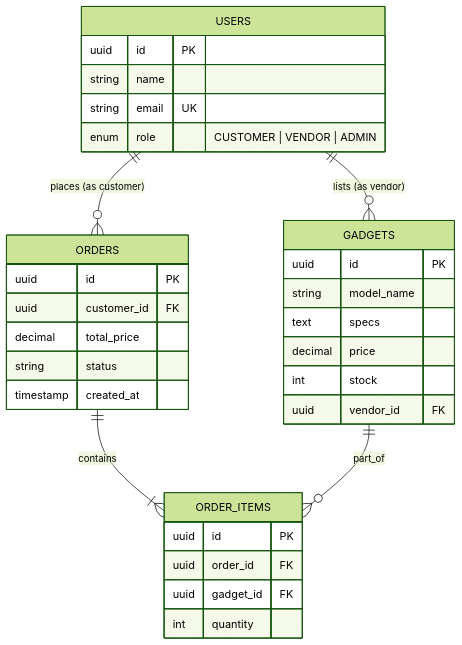
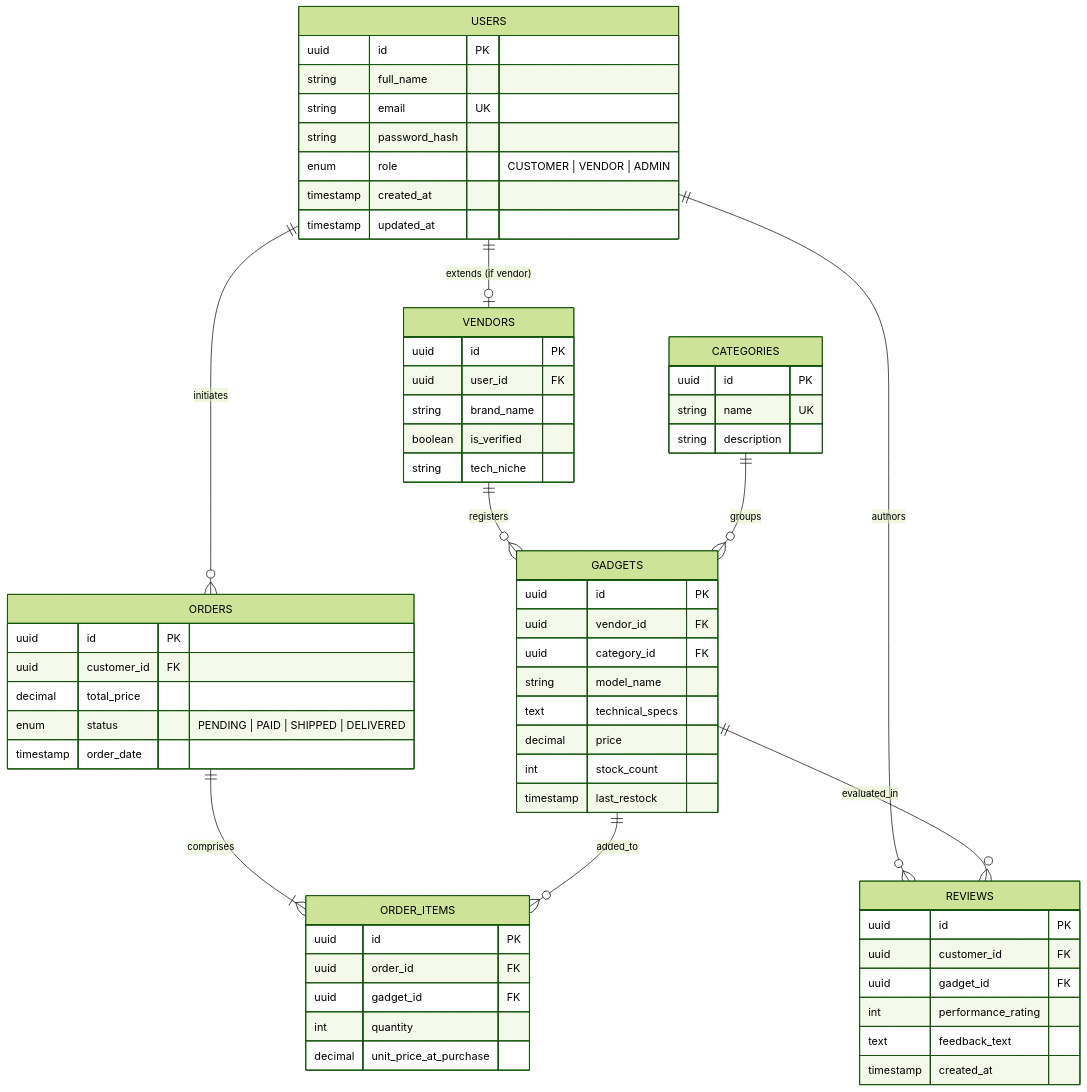
Before and after one commit to Subham-KRLX/SESD-PROJECT-: the diagram in ErDiagram.md, drawn with Mermaid (forest theme). The commit also changed other lines of this file and 4 other files, not shown here.

````diff
--- a/ErDiagram.md
+++ b/ErDiagram.md
@@ -8,38 +8,71 @@
 ```mermaid
 erDiagram
     USERS {
         uuid id PK
-        string name
+        string full_name
         string email UK
+        string password_hash
         enum role "CUSTOMER | VENDOR | ADMIN"
+        timestamp created_at
+        timestamp updated_at
+    }
+
+    VENDORS {
+        uuid id PK
+        uuid user_id FK
+        string brand_name
+        boolean is_verified
+        string tech_niche
+    }
+
+    CATEGORIES {
+        uuid id PK
+        string name UK
+        string description
     }
 
     GADGETS {
         uuid id PK
+        uuid vendor_id FK
+        uuid category_id FK
         string model_name
-        text specs
+        text technical_specs
         decimal price
-        int stock
-        uuid vendor_id FK
+        int stock_count
+        timestamp last_restock
     }
 
     ORDERS {
         uuid id PK
         uuid customer_id FK
         decimal total_price
-        string status
-        timestamp created_at
+        enum status "PENDING | PAID | SHIPPED | DELIVERED"
+        timestamp order_date
     }
 
     ORDER_ITEMS {
         uuid id PK
         uuid order_id FK
         uuid gadget_id FK
         int quantity
+        decimal unit_price_at_purchase
     }
 
-    USERS ||--o{ GADGETS : "lists (as vendor)"
-    USERS ||--o{ ORDERS : "places (as customer)"
-    ORDERS ||--|{ ORDER_ITEMS : "contains"
-    GADGETS ||--o{ ORDER_ITEMS : "part_of"
+    REVIEWS {
+        uuid id PK
+        uuid customer_id FK
+        uuid gadget_id FK
+        int performance_rating
+        text feedback_text
+        timestamp created_at
+    }
+
+    USERS ||--o| VENDORS : "extends (if vendor)"
+    USERS ||--o{ ORDERS : "initiates"
+    USERS ||--o{ REVIEWS : "authors"
+    VENDORS ||--o{ GADGETS : "registers"
+    CATEGORIES ||--o{ GADGETS : "groups"
+    ORDERS ||--|{ ORDER_ITEMS : "comprises"
+    GADGETS ||--o{ ORDER_ITEMS : "added_to"
+    GADGETS ||--o{ REVIEWS : "evaluated_in"
 ```
````
